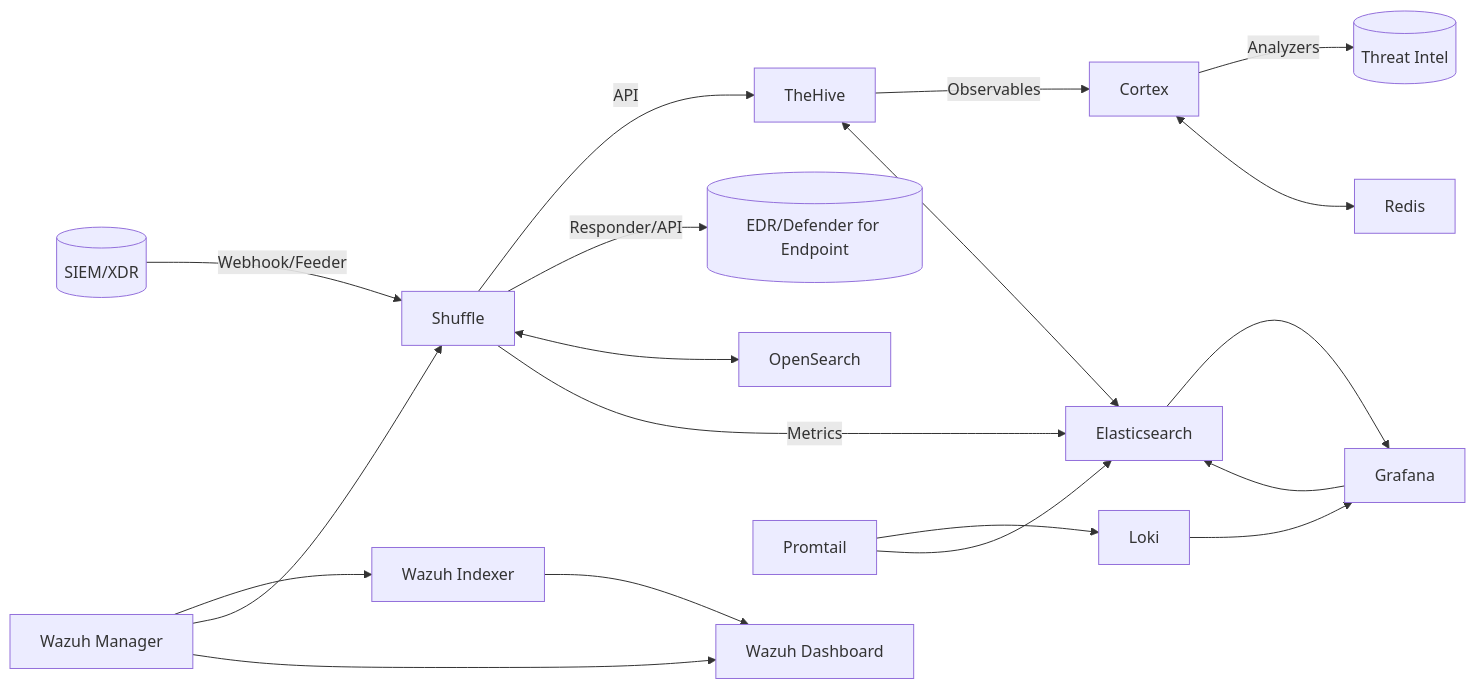
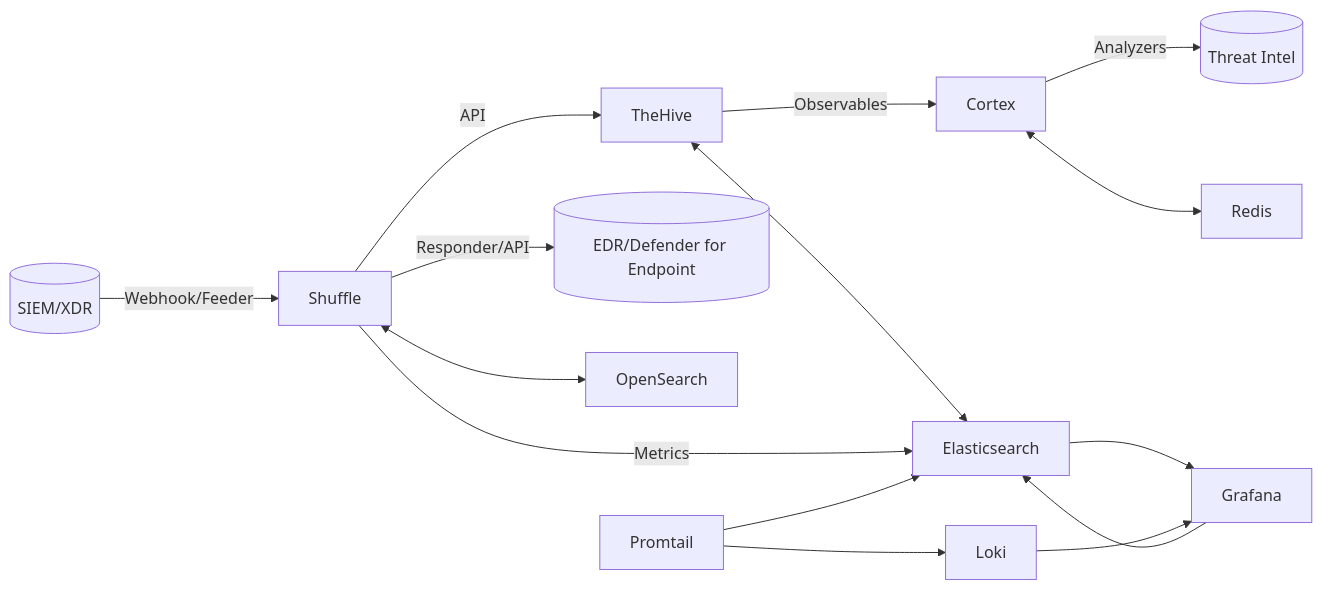
Before and after one commit to alesanfe/soar-ransomware-lab: the diagram in README.md, drawn with Mermaid. The commit also changed other lines of this file and 887 other files, not shown here.

````diff
--- a/README.md
+++ b/README.md
@@ -51,21 +51,17 @@
 ```mermaid
 flowchart LR
   SIEM[(SIEM/XDR)] -- Webhook/Feeder --> Shuffle
   Shuffle -- API --> TheHive
   TheHive -- Observables --> Cortex
   Cortex -- Analyzers --> TI[(Threat Intel)]
   Shuffle -- Responder/API --> EDR[(EDR/Defender for Endpoint)]
   TheHive <--> Elasticsearch
   Cortex <--> Redis
   Shuffle <--> OpenSearch[OpenSearch]
-  Wazuh[Wazuh Manager] --> WazuhIndexer[Wazuh Indexer]
-  Wazuh --> Shuffle
-  Wazuh --> WazuhDashboard[Wazuh Dashboard]
-  WazuhIndexer --> WazuhDashboard
   Shuffle -- Metrics --> Elasticsearch
   Elasticsearch --> Grafana[Grafana]
   Promtail[Promtail] --> Loki[Loki]
   Loki --> Grafana
   Promtail --> Elasticsearch
   Grafana --> Elasticsearch
 ```
````
